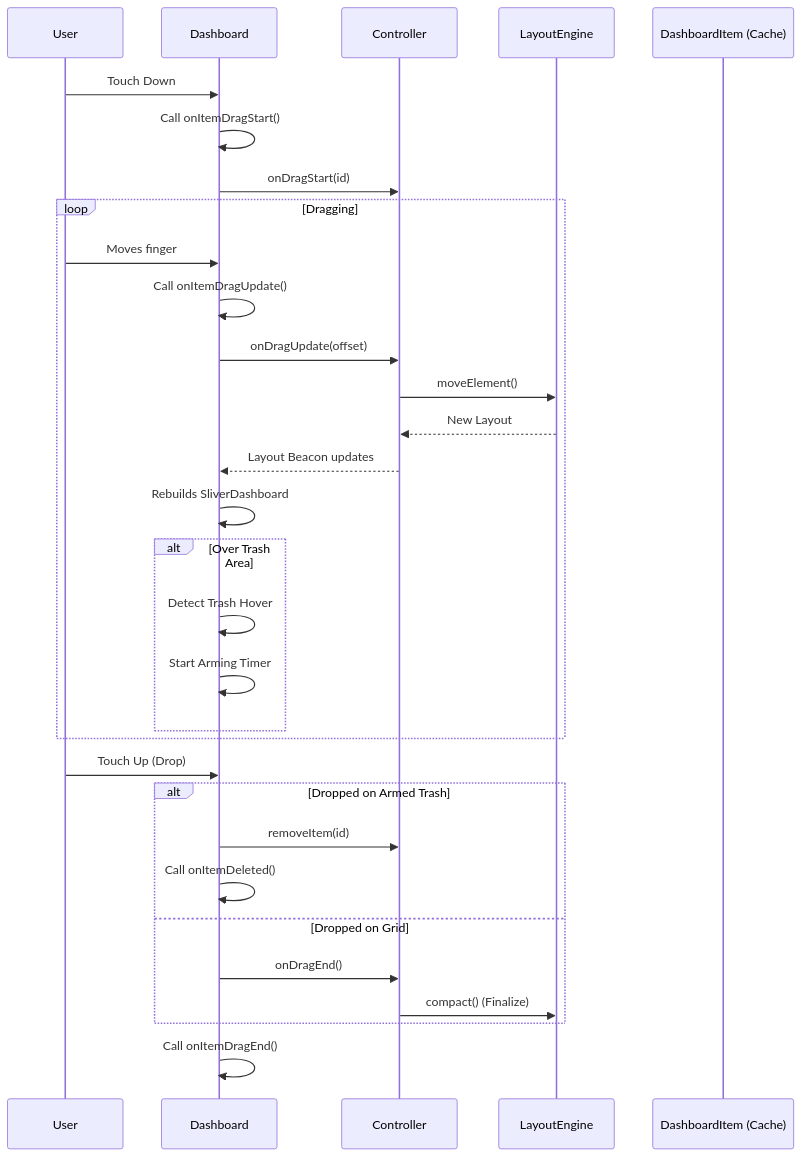
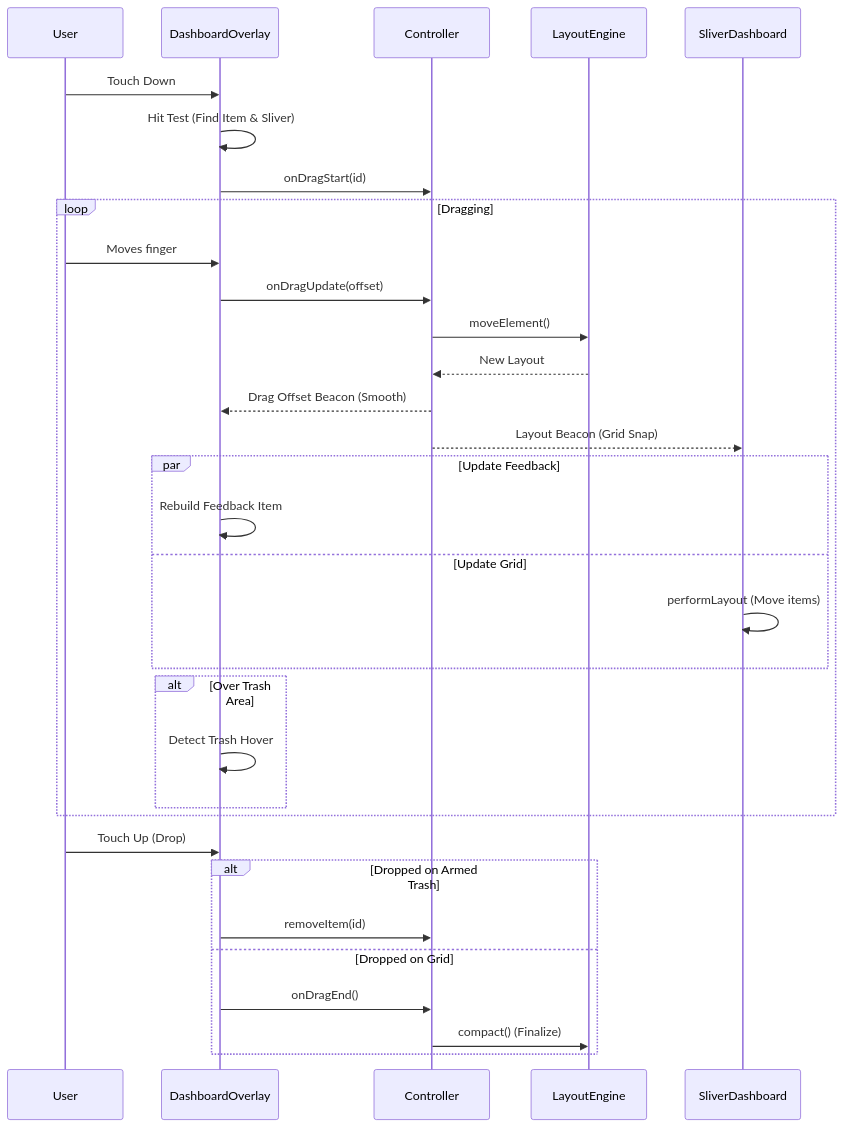
The second of 2 diagrams in architecture.md (scalz/sliver_dashboard), drawn with Mermaid before and after one commit. The commit also changed other lines of this file and 20 other files, not shown here.

First line of the commit message:
feat(view): add native Sliver integration via DashboardOverlay

````diff
--- a/architecture.md
+++ b/architecture.md
@@ -161,39 +165,40 @@
 ```mermaid
 sequenceDiagram
     participant User
-    participant Dashboard
+    participant Overlay as DashboardOverlay
     participant Controller
-    participant LayoutEngine
-    participant DashboardItem (Cache)
+    participant Engine as LayoutEngine
+    participant Sliver as SliverDashboard
 
-    User->>Dashboard: Touch Down
-    Dashboard->>Dashboard: Call onItemDragStart()
-    Dashboard->>Controller: onDragStart(id)
+    User->>Overlay: Touch Down
+    Overlay->>Overlay: Hit Test (Find Item & Sliver)
+    Overlay->>Controller: onDragStart(id)
 
     loop Dragging
-        User->>Dashboard: Moves finger
-        Dashboard->>Dashboard: Call onItemDragUpdate()
-        Dashboard->>Controller: onDragUpdate(offset)
-        Controller->>LayoutEngine: moveElement()
-        LayoutEngine-->>Controller: New Layout
-        Controller-->>Dashboard: Layout Beacon updates
-        Dashboard->>Dashboard: Rebuilds SliverDashboard
+        User->>Overlay: Moves finger
+        Overlay->>Controller: onDragUpdate(offset)
+        Controller->>Engine: moveElement()
+        Engine-->>Controller: New Layout
+        Controller-->>Overlay: Drag Offset Beacon (Smooth)
+        Controller-->>Sliver: Layout Beacon (Grid Snap)
+        
+        par Update Feedback
+            Overlay->>Overlay: Rebuild Feedback Item
+        and Update Grid
+            Sliver->>Sliver: performLayout (Move items)
+        end
 
         alt Over Trash Area
-            Dashboard->>Dashboard: Detect Trash Hover
-            Dashboard->>Dashboard: Start Arming Timer
+            Overlay->>Overlay: Detect Trash Hover
         end
     end
 
-    User->>Dashboard: Touch Up (Drop)
+    User->>Overlay: Touch Up (Drop)
 
     alt Dropped on Armed Trash
-        Dashboard->>Controller: removeItem(id)
-        Dashboard->>Dashboard: Call onItemDeleted()
+        Overlay->>Controller: removeItem(id)
     else Dropped on Grid
-        Dashboard->>Controller: onDragEnd()
-        Controller->>LayoutEngine: compact() (Finalize)
+        Overlay->>Controller: onDragEnd()
+        Controller->>Engine: compact() (Finalize)
     end
-
-    Dashboard->>Dashboard: Call onItemDragEnd()
 ```
````
